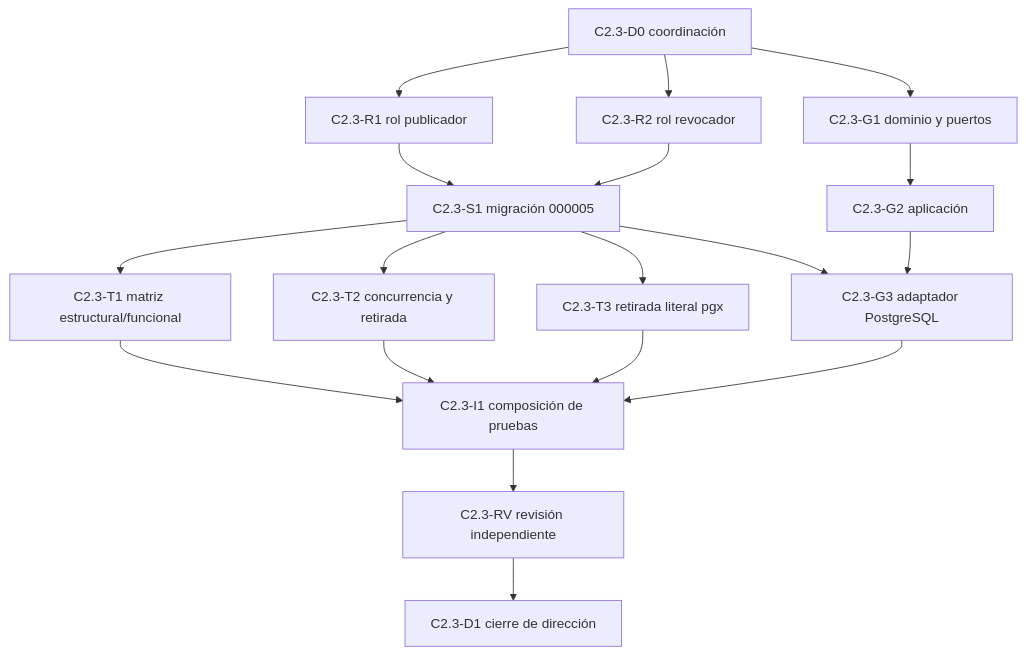
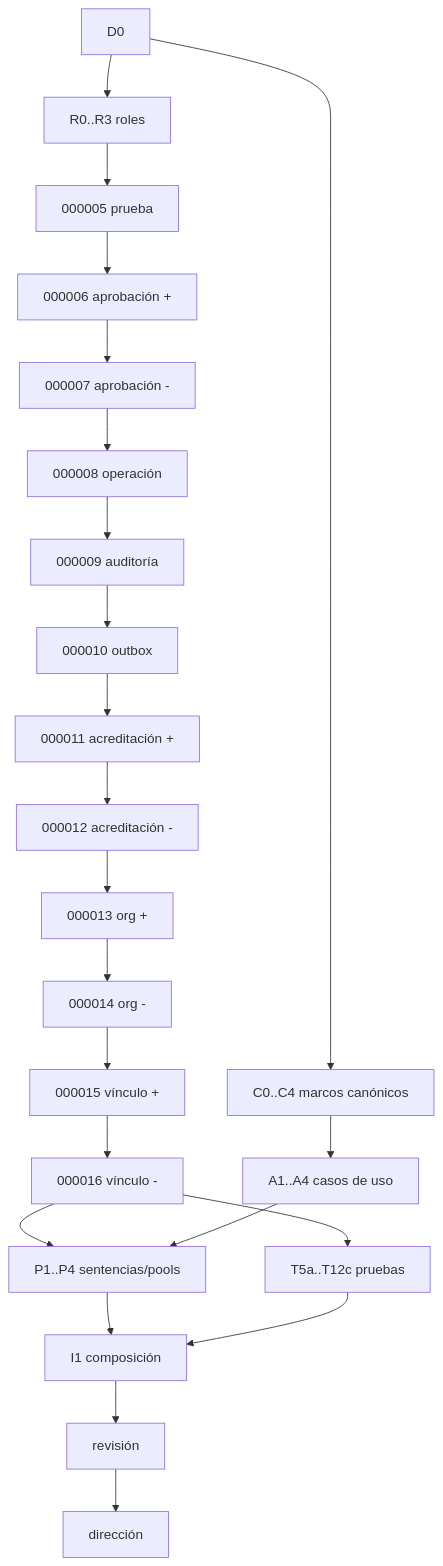
One commit to aavidad/VEC_Diputacion_app changed the diagram in docs/portal_vec/coordinacion_c2_3_publicacion_revocacion_corporativa_2026-07-31.md. Above: the diagram before and after it, drawn with Mermaid. The commit also changed other lines of this file, not shown here.

````diff
--- a/docs/portal_vec/coordinacion_c2_3_publicacion_revocacion_corporativa_2026-07-31.md
+++ b/docs/portal_vec/coordinacion_c2_3_publicacion_revocacion_corporativa_2026-07-31.md
@@ -630,34 +711,13 @@
 ```mermaid
 flowchart TD
-    D0["C2.3-D0 coordinación"]
-    R1["C2.3-R1 rol publicador"]
-    R2["C2.3-R2 rol revocador"]
-    G1["C2.3-G1 dominio y puertos"]
-    S1["C2.3-S1 migración 000005"]
-    T1["C2.3-T1 matriz estructural/funcional"]
-    T2["C2.3-T2 concurrencia y retirada"]
-    T3["C2.3-T3 retirada literal pgx"]
-    G2["C2.3-G2 aplicación"]
-    G3["C2.3-G3 adaptador PostgreSQL"]
-    I1["C2.3-I1 composición de pruebas"]
-    RV["C2.3-RV revisión independiente"]
-    D1["C2.3-D1 cierre de dirección"]
-
-    D0 --> R1
-    D0 --> R2
-    D0 --> G1
-    R1 --> S1
-    R2 --> S1
-    S1 --> T1
-    S1 --> T2
-    S1 --> T3
-    G1 --> G2
-    G2 --> G3
-    S1 --> G3
-    T1 --> I1
-    T2 --> I1
-    T3 --> I1
-    G3 --> I1
-    I1 --> RV
-    RV --> D1
+  D0 --> R["R0..R3 roles"] --> M5["000005 prueba"]
+  M5 --> M6["000006 aprobación +"] --> M7["000007 aprobación -"]
+  M7 --> M8["000008 operación"] --> M9["000009 auditoría"] --> M10["000010 outbox"]
+  M10 --> M11["000011 acreditación +"] --> M12["000012 acreditación -"]
+  M12 --> M13["000013 org +"] --> M14["000014 org -"]
+  M14 --> M15["000015 vínculo +"] --> M16["000016 vínculo -"]
+  D0 --> C["C0..C4 marcos canónicos"] --> A["A1..A4 casos de uso"]
+  M16 --> P["P1..P4 sentencias/pools"]
+  A --> P --> I["I1 composición"]
+  M16 --> T["T5a..T12c pruebas"] --> I --> RV["revisión"] --> D1["dirección"]
 ```
````
